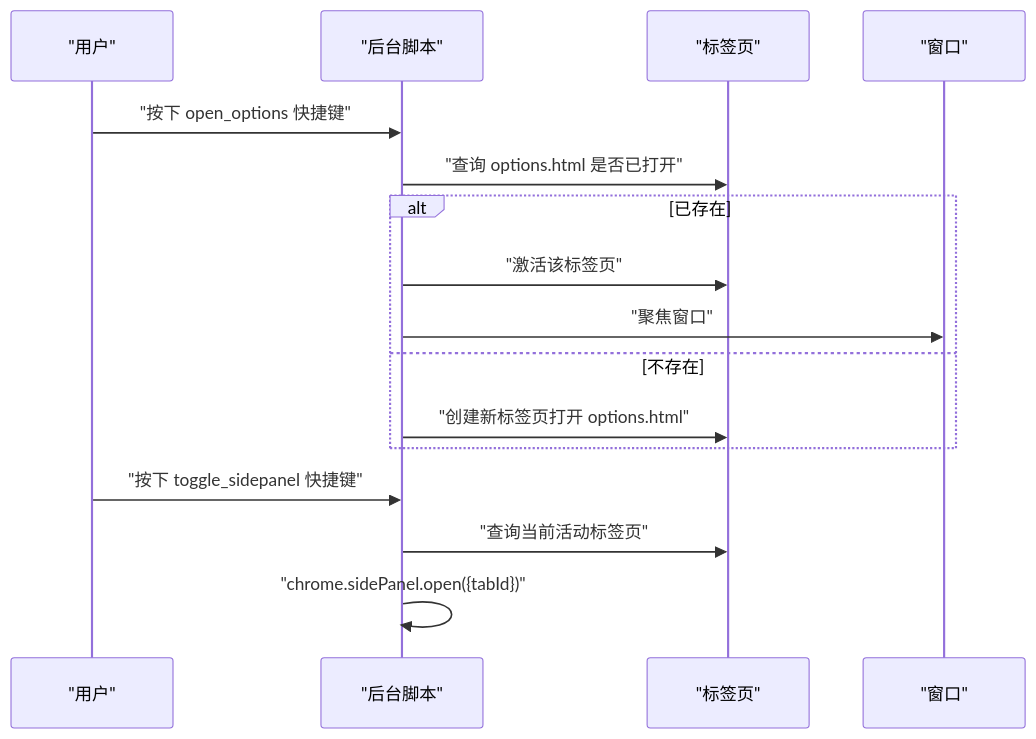
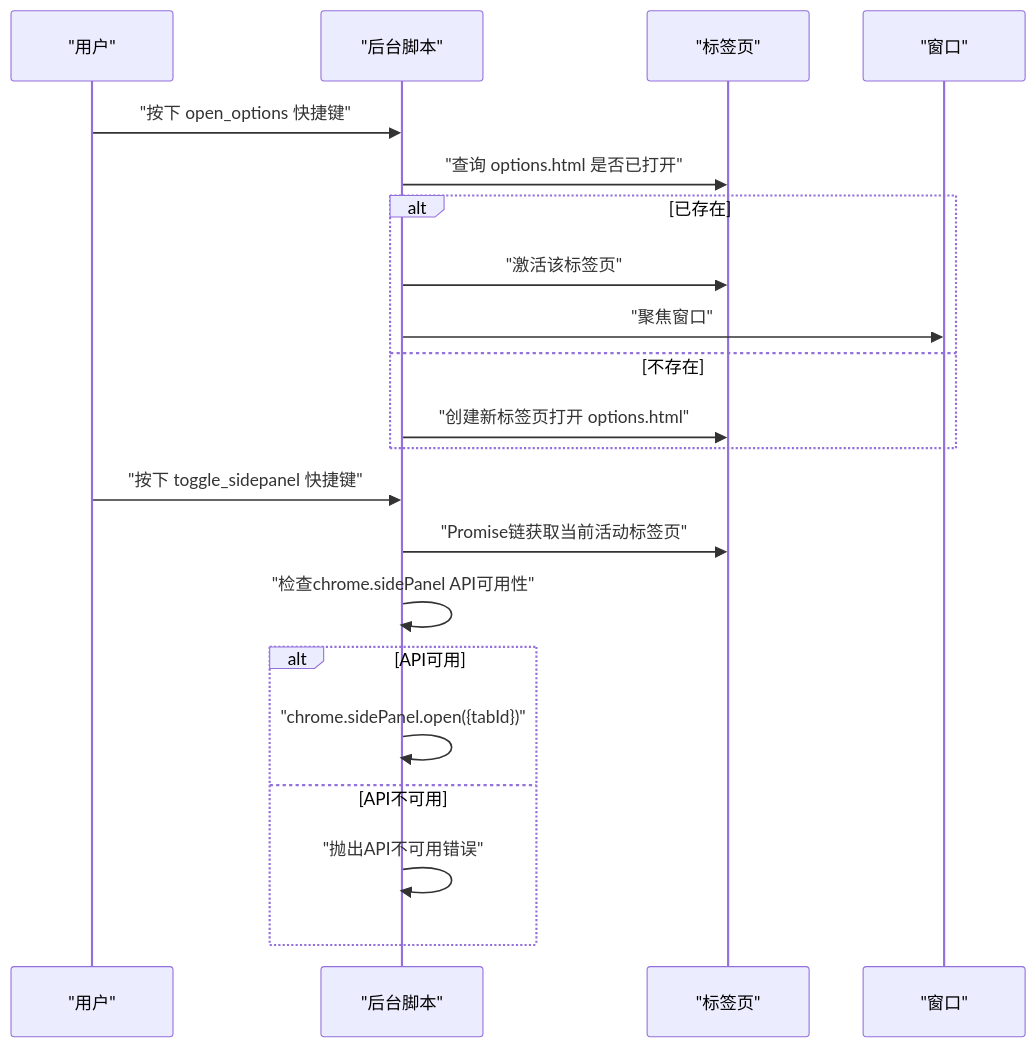
One commit to liaolongdong/account-password-helper changed the ninth of 12 diagrams in .qoder/repowiki/zh/content/扩展入口点/Background Script.md. Above: the diagram before and after it, drawn with Mermaid. The commit also changed other lines of this file and 23 other files, not shown here.

````diff
--- a/.qoder/repowiki/zh/content/扩展入口点/Background Script.md
+++ b/.qoder/repowiki/zh/content/扩展入口点/Background Script.md
@@ -179,18 +400,23 @@
 ```mermaid
 sequenceDiagram
 participant User as "用户"
 participant BG as "后台脚本"
 participant Tabs as "标签页"
 participant Win as "窗口"
 User->>BG : "按下 open_options 快捷键"
 BG->>Tabs : "查询 options.html 是否已打开"
 alt 已存在
 BG->>Tabs : "激活该标签页"
 BG->>Win : "聚焦窗口"
 else 不存在
 BG->>Tabs : "创建新标签页打开 options.html"
 end
 User->>BG : "按下 toggle_sidepanel 快捷键"
-BG->>Tabs : "查询当前活动标签页"
+BG->>Tabs : "Promise链获取当前活动标签页"
+BG->>BG : "检查chrome.sidePanel API可用性"
+alt API可用
 BG->>BG : "chrome.sidePanel.open({tabId})"
+else API不可用
+BG->>BG : "抛出API不可用错误"
+end
 ```
````
